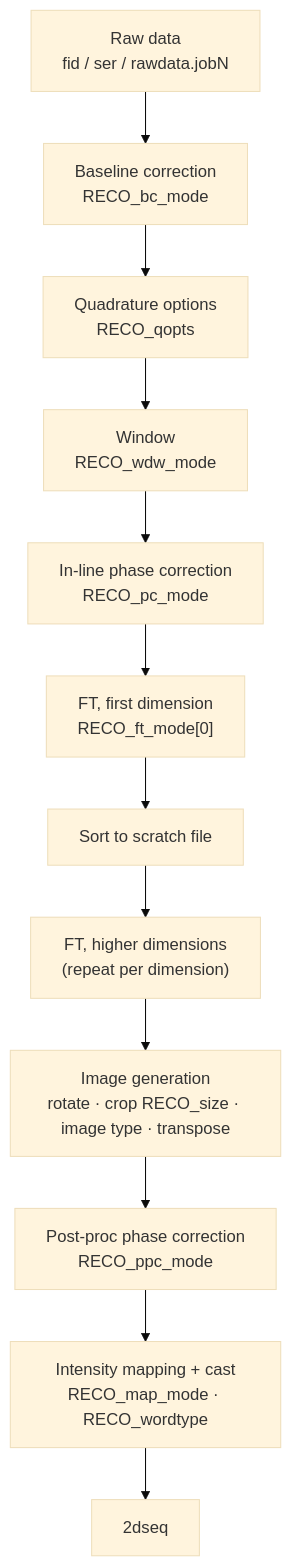
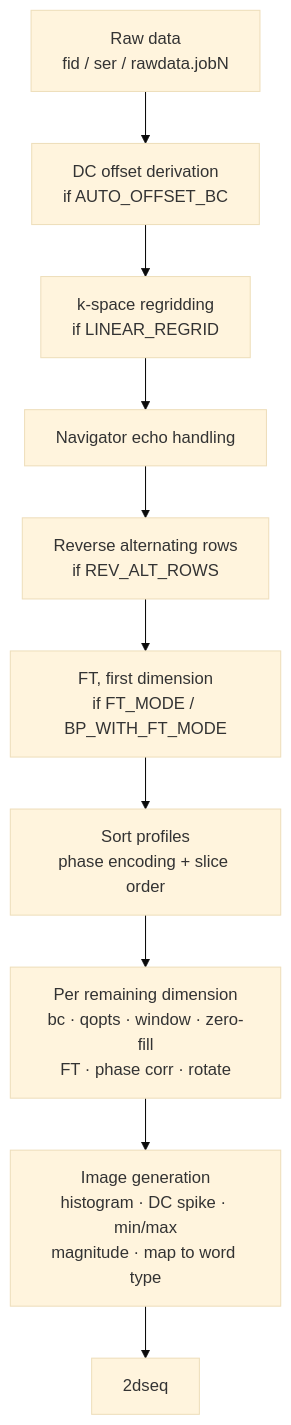
One commit to CoBrALab/pvraw changed the fifth of 7 diagrams in FILE_FORMAT.md. Above: the diagram before and after it, drawn with Mermaid (base theme). The commit also changed other lines of this file and 1 other file, not shown here.

````diff
--- a/FILE_FORMAT.md
+++ b/FILE_FORMAT.md
@@ -1464,14 +1946,12 @@
 ```mermaid
 flowchart TD
-  raw["Raw data<br>fid / ser / rawdata.jobN"] --> bc["Baseline correction<br>RECO_bc_mode"]
-  bc --> qo["Quadrature options<br>RECO_qopts"]
-  qo --> wd["Window<br>RECO_wdw_mode"]
-  wd --> pc["In-line phase correction<br>RECO_pc_mode"]
-  pc --> ft0["FT, first dimension<br>RECO_ft_mode[0]"]
-  ft0 --> sort["Sort to scratch file"]
-  sort --> ftn["FT, higher dimensions<br>(repeat per dimension)"]
-  ftn --> gen["Image generation<br>rotate · crop RECO_size · image type · transpose"]
-  gen --> ppc["Post-proc phase correction<br>RECO_ppc_mode"]
-  ppc --> map["Intensity mapping + cast<br>RECO_map_mode · RECO_wordtype"]
-  map --> out["2dseq"]
+  raw["Raw data<br>fid / ser / rawdata.jobN"] --> dc["DC offset derivation<br>if AUTO_OFFSET_BC"]
+  dc --> rg["k-space regridding<br>if LINEAR_REGRID"]
+  rg --> nav["Navigator echo handling"]
+  nav --> rev["Reverse alternating rows<br>if REV_ALT_ROWS"]
+  rev --> ft0["FT, first dimension<br>if FT_MODE / BP_WITH_FT_MODE"]
+  ft0 --> sort["Sort profiles<br>phase encoding + slice order"]
+  sort --> ftn["Per remaining dimension<br>bc · qopts · window · zero-fill<br>FT · phase corr · rotate"]
+  ftn --> gen["Image generation<br>histogram · DC spike · min/max<br>magnitude · map to word type"]
+  gen --> out["2dseq"]
 ```
````
